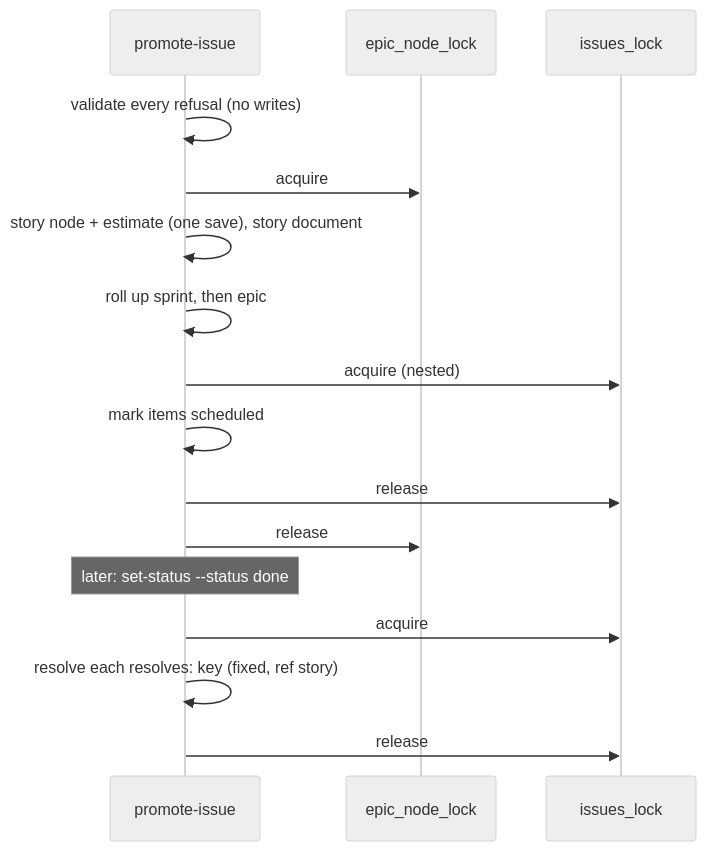
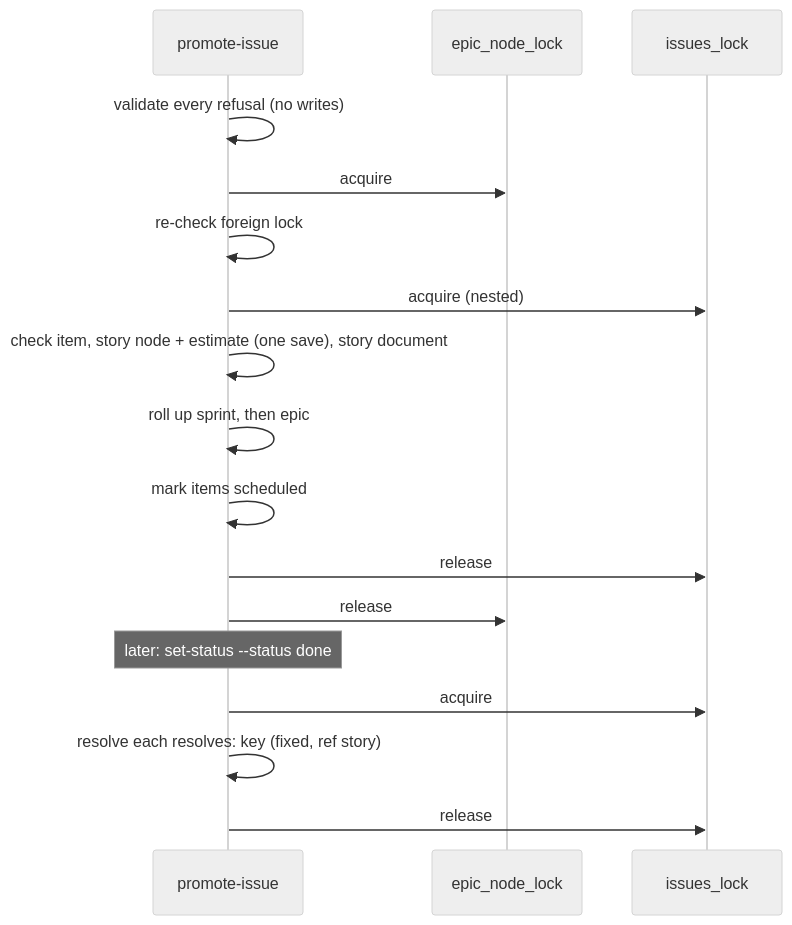
The second of 2 diagrams in docs/architecture.md (ravensorb/bmad-extensions), drawn with Mermaid (neutral theme) before and after one commit. The commit also changed 13 other files, not shown here.

````diff
--- a/docs/architecture.md
+++ b/docs/architecture.md
@@ -140,18 +140,19 @@
 ```mermaid
 sequenceDiagram
     participant P as promote-issue
     participant E as epic_node_lock
     participant I as issues_lock
     P->>P: validate every refusal (no writes)
     P->>E: acquire
-    P->>P: story node + estimate (one save), story document
+    P->>P: re-check foreign lock
+    P->>I: acquire (nested)
+    P->>P: check item, story node + estimate (one save), story document
     P->>P: roll up sprint, then epic
-    P->>I: acquire (nested)
     P->>P: mark items scheduled
     P->>I: release
     P->>E: release
     Note over P: later: set-status --status done
     P->>I: acquire
     P->>P: resolve each resolves: key (fixed, ref story)
     P->>I: release
 ```
````
